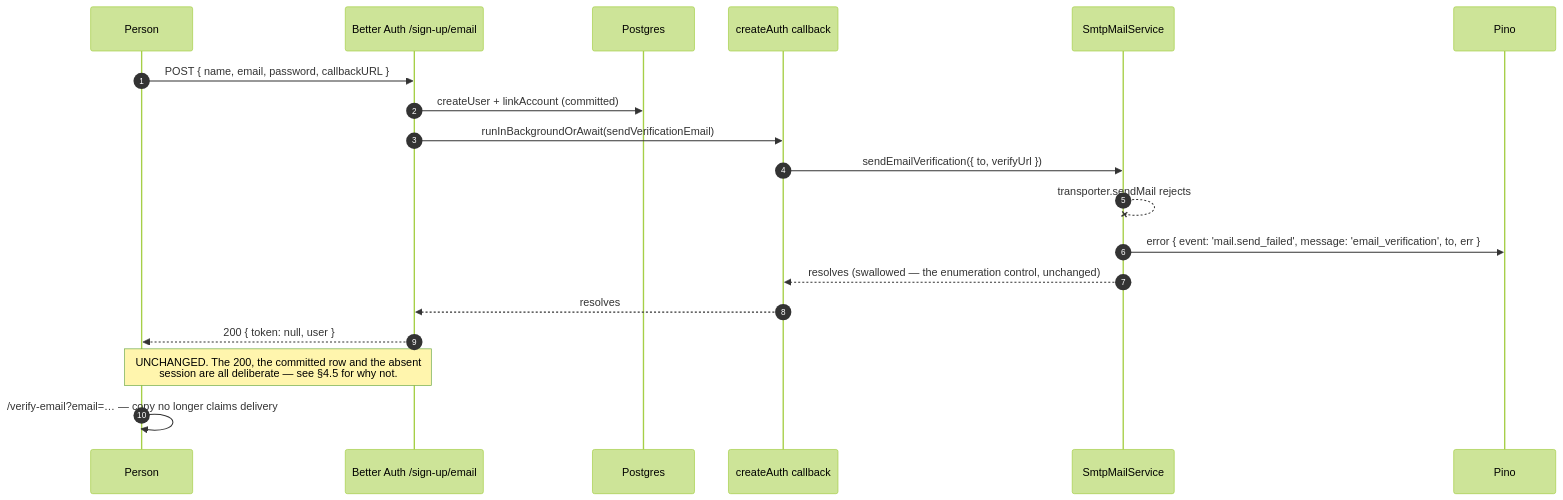
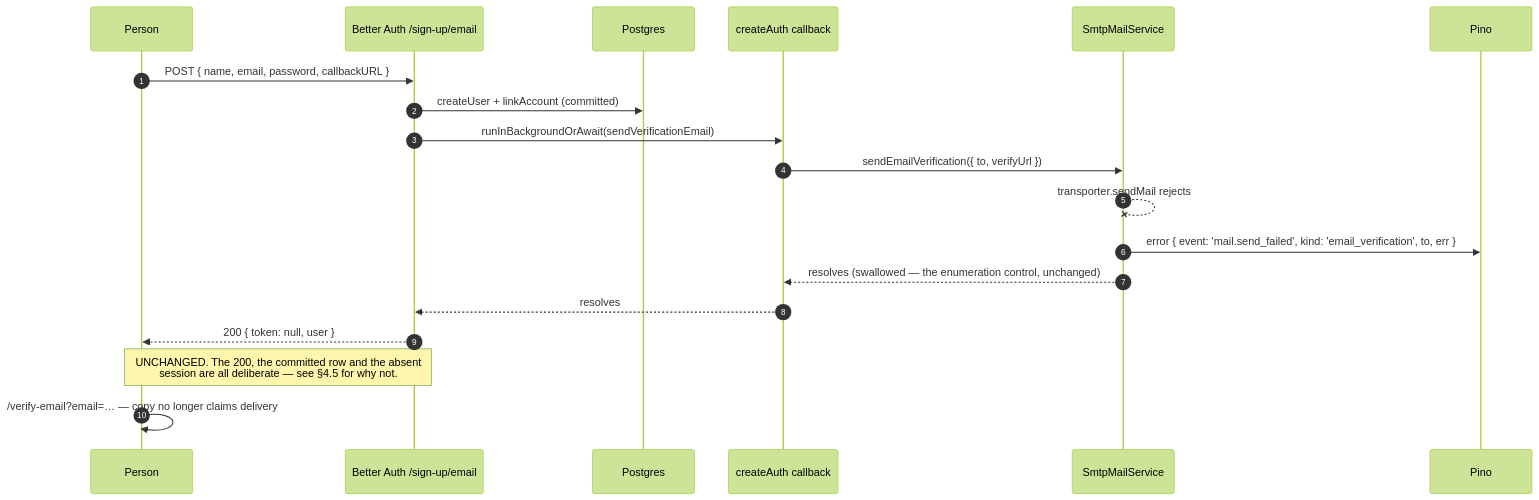
The second of 4 diagrams in docs/specs/mail-delivery-failure-visibility/feature-spec.md (HuttonHomeHub/SchedulePoint_1), drawn with Mermaid (forest theme) before and after one commit. The commit also changed other lines of this file and 26 other files, not shown here.

````diff
--- a/docs/specs/mail-delivery-failure-visibility/feature-spec.md
+++ b/docs/specs/mail-delivery-failure-visibility/feature-spec.md
@@ -501,22 +515,22 @@
 ```mermaid
 sequenceDiagram
   autonumber
   participant U as Person
   participant BA as Better Auth /sign-up/email
   participant DB as Postgres
   participant CB as createAuth callback
   participant M as SmtpMailService
   participant L as Pino
 
   U->>BA: POST { name, email, password, callbackURL }
   BA->>DB: createUser + linkAccount (committed)
   BA->>CB: runInBackgroundOrAwait(sendVerificationEmail)
   CB->>M: sendEmailVerification({ to, verifyUrl })
   M--xM: transporter.sendMail rejects
-  M->>L: error { event: 'mail.send_failed', message: 'email_verification', to, err }
+  M->>L: error { event: 'mail.send_failed', kind: 'email_verification', to, err }
   M-->>CB: resolves (swallowed — the enumeration control, unchanged)
   CB-->>BA: resolves
   BA-->>U: 200 { token: null, user }
   Note over U,BA: UNCHANGED. The 200, the committed row and the absent<br/>session are all deliberate — see §4.5 for why not.
   U->>U: /verify-email?email=… — copy no longer claims delivery
 ```
````
